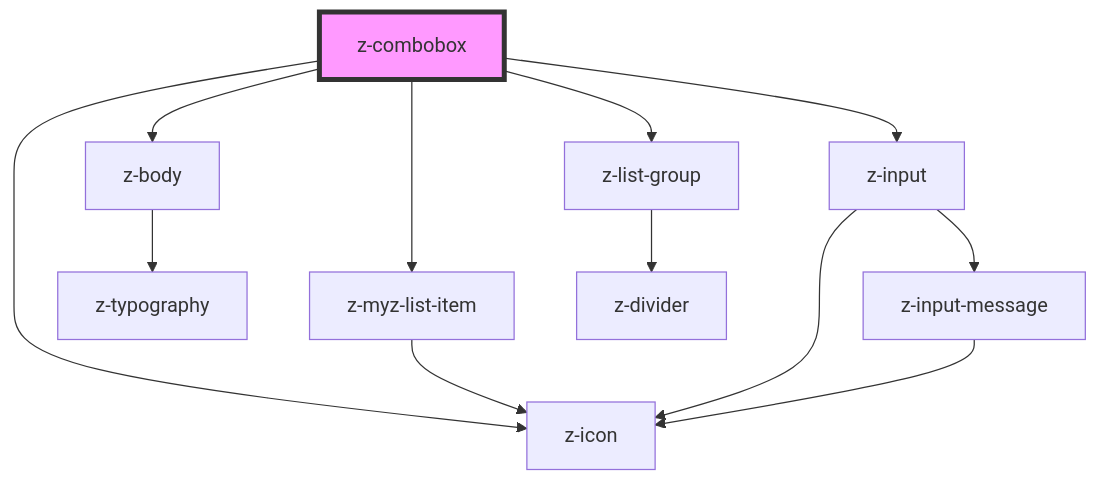
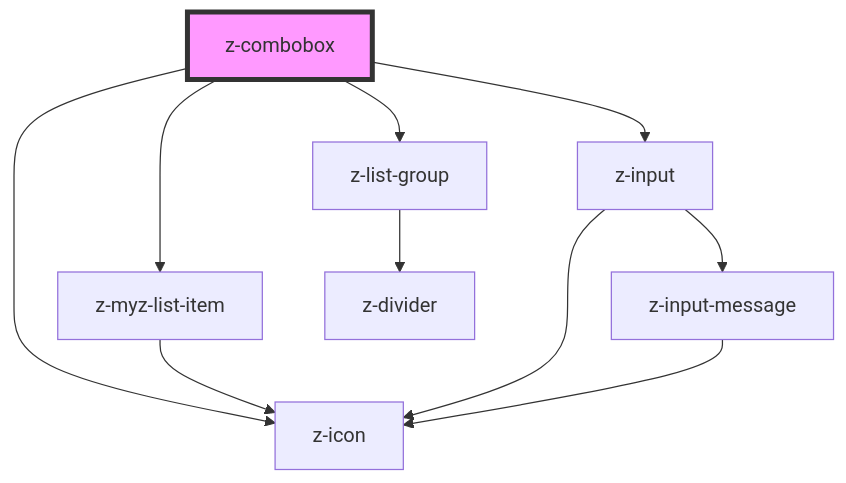
Before and after one commit to ZanichelliEditore/design-system: the diagram in src/components/inputs/z-combobox/readme.md, drawn with Mermaid. The commit also changed other lines of this file and 7 other files, not shown here.

````diff
--- a/src/components/inputs/z-combobox/readme.md
+++ b/src/components/inputs/z-combobox/readme.md
@@ -72,15 +71,13 @@
 ```mermaid
 graph TD;
-  z-combobox --> z-body
   z-combobox --> z-icon
   z-combobox --> z-myz-list-item
   z-combobox --> z-input
   z-combobox --> z-list-group
-  z-body --> z-typography
   z-myz-list-item --> z-icon
   z-input --> z-icon
   z-input --> z-input-message
   z-input-message --> z-icon
   z-list-group --> z-divider
   style z-combobox fill:#f9f,stroke:#333,stroke-width:4px
 ```
````
